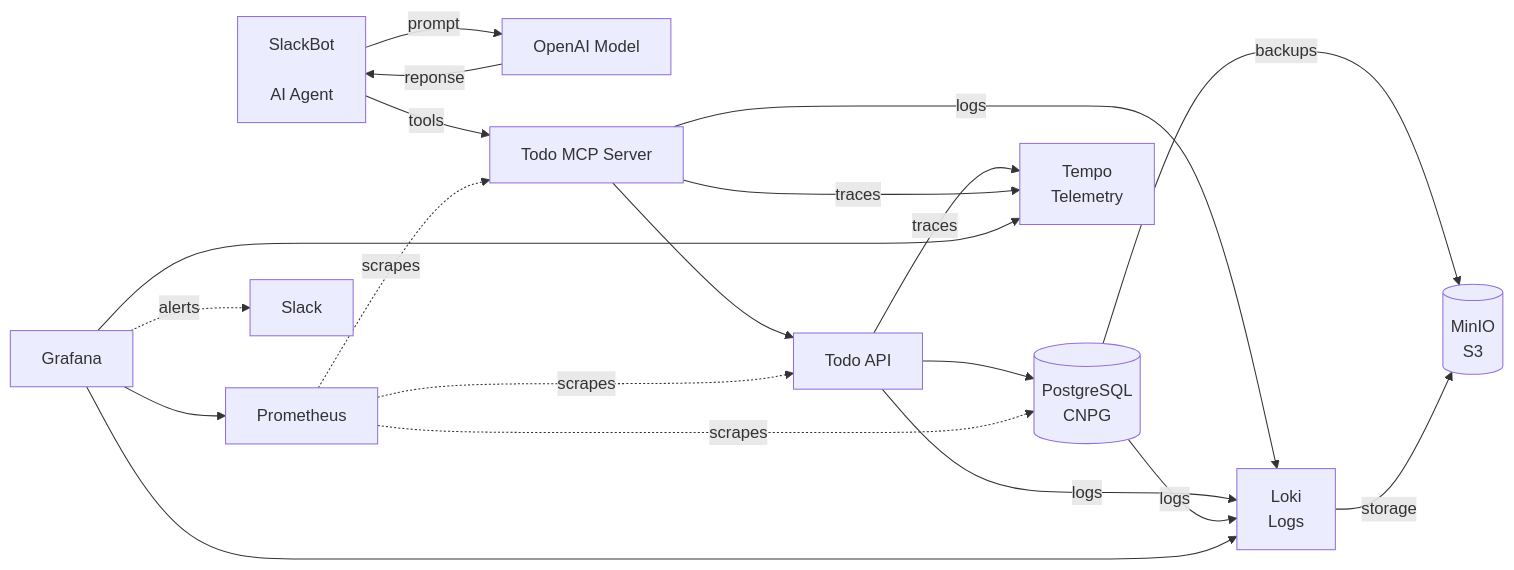
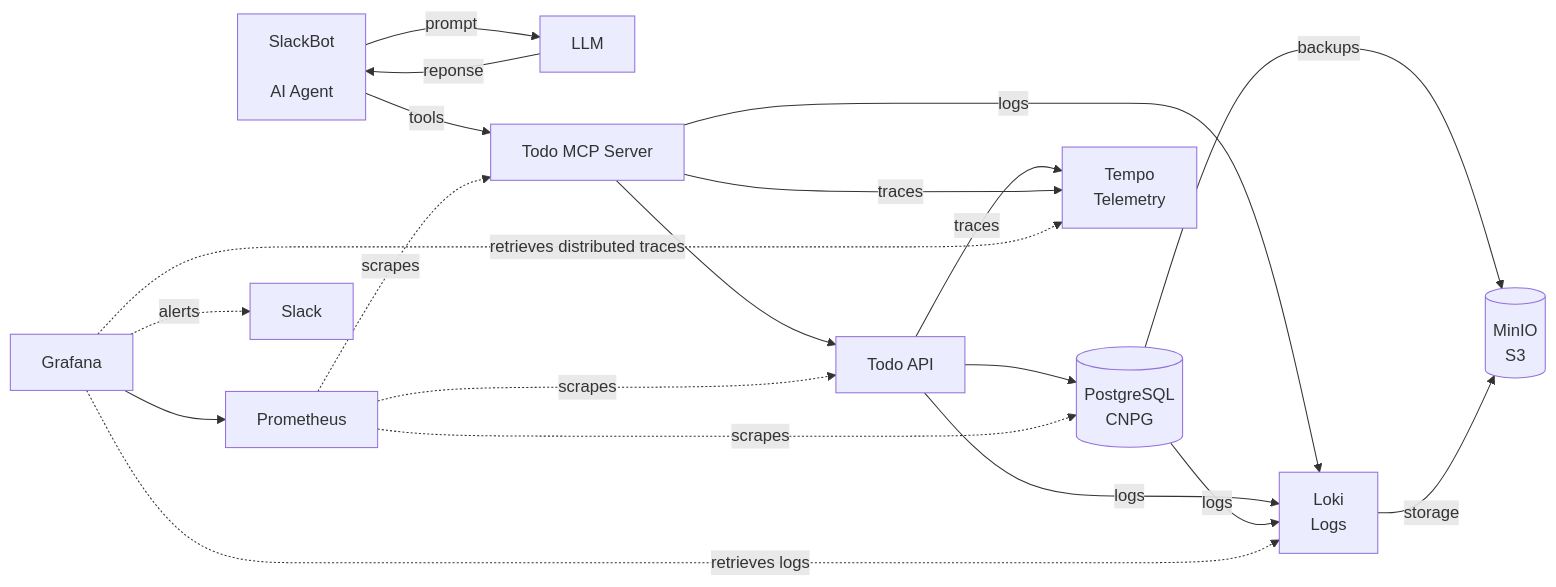
The diagram in docs/docs/architecture/overview.md (scottseotech/todo-platform), drawn with Mermaid before and after one commit.

Commit message:
updating arch diagram

````diff
--- a/docs/docs/architecture/overview.md
+++ b/docs/docs/architecture/overview.md
@@ -7,22 +7,22 @@
 ```mermaid
 graph LR
-    A[SlackBot\n\nAI Agent] -- prompt --> K[OpenAI Model]
+    A[SlackBot\n\nAI Agent] -- prompt --> K[LLM]
     K -- reponse --> A
     A -->|tools| B[Todo MCP Server]
     B --> C[Todo API]
     C --> D[(PostgreSQL<br/>CNPG)]
     D -->|backups| F[(MinIO\nS3)]
     C -->|traces| E[Tempo\nTelemetry]
     B -->|traces| E
     G[Prometheus] -.scrapes.-> B
     G -.scrapes.-> C
     G -.scrapes.-> D
     H[Grafana] --> G
-    H --> E
+    H -.retrieves distributed traces.-> E
     H -.alerts.-> I[Slack]
     B -->|logs| J[Loki\nLogs]
     C -->|logs| J
     D -->|logs| J
     J -->|storage| F
-    H --> J
+    H -.retrieves logs.-> J
 ```
````
